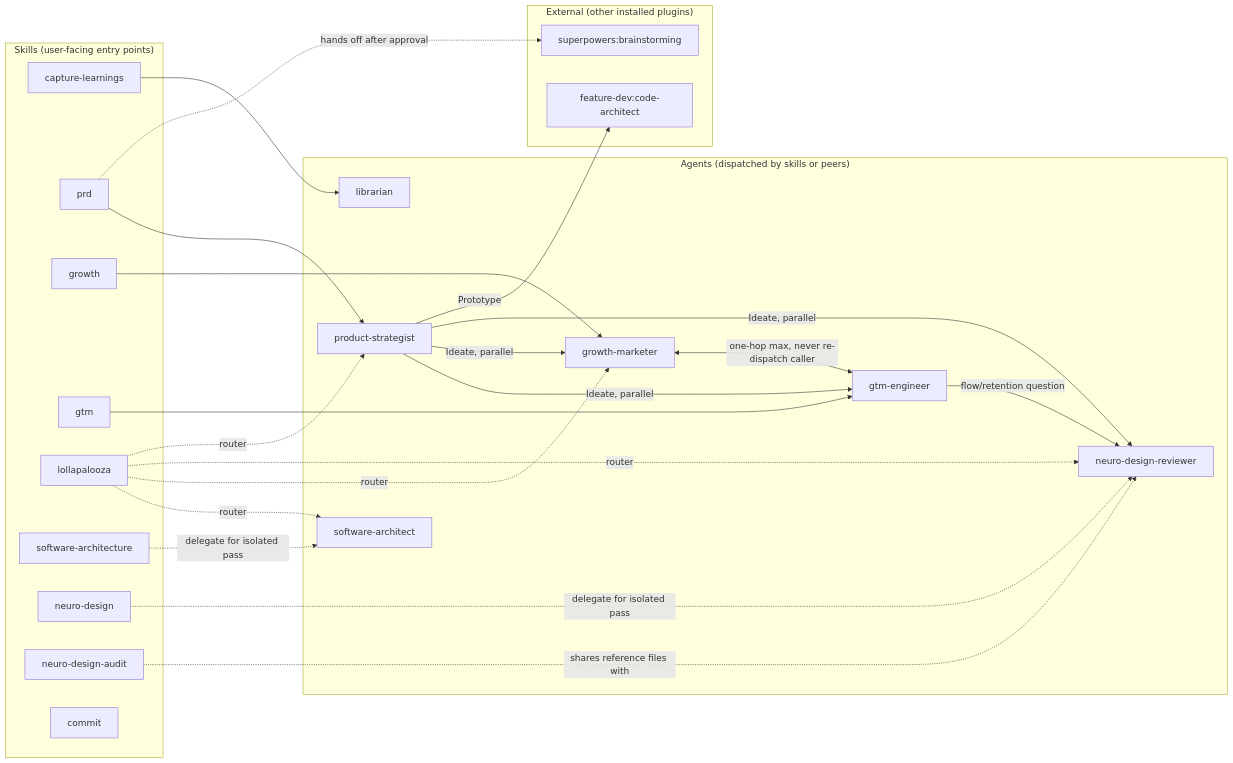
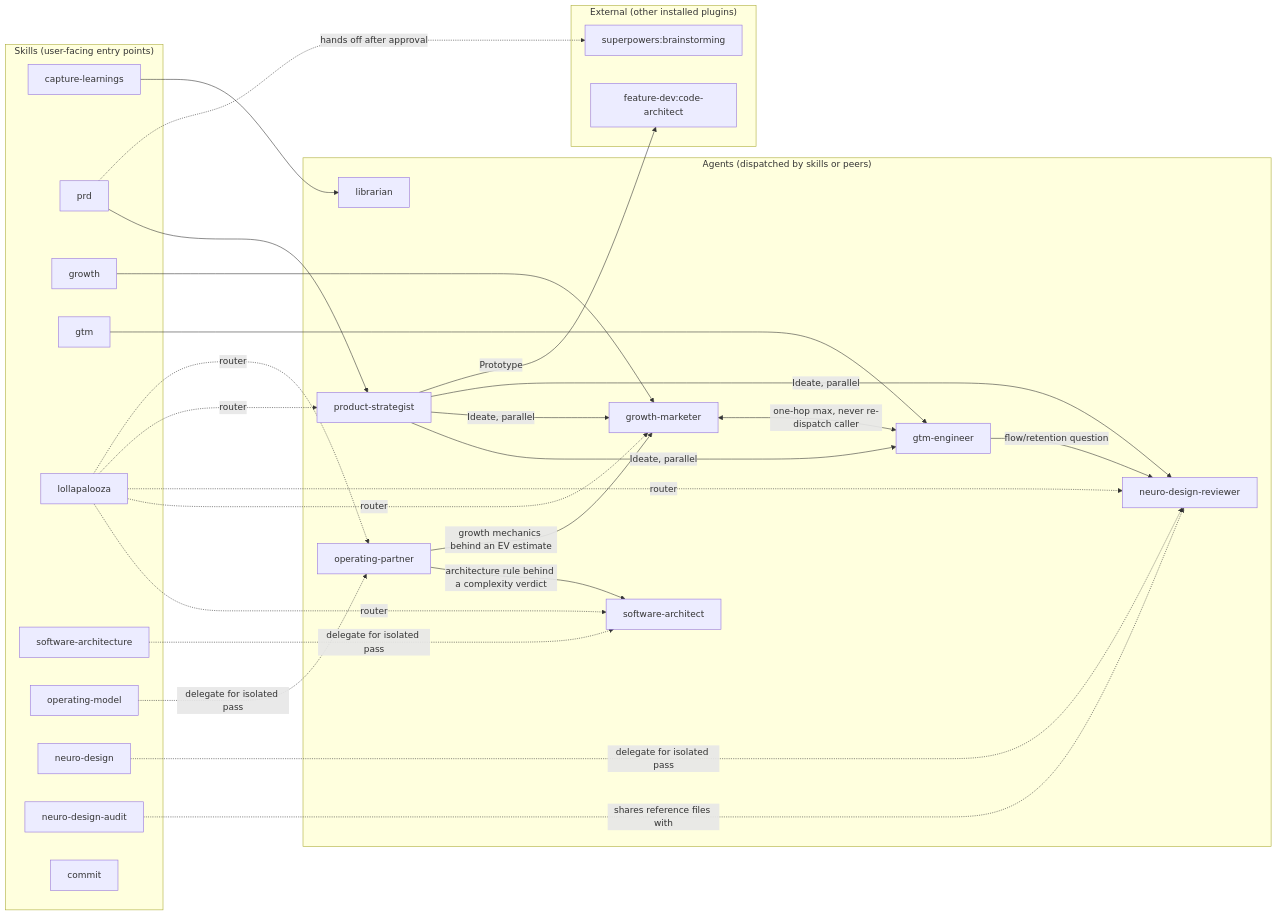
The diagram in docs/architecture.md (bernardoforcillo/copilot), drawn with Mermaid before and after one commit. The commit also changed other lines of this file and 4 other files, not shown here.

First line of the commit message:
feat(plugin): wire the operating-model desk into the existing graph

````diff
--- a/docs/architecture.md
+++ b/docs/architecture.md
@@ -13,49 +13,56 @@
 ```mermaid
 graph LR
   subgraph Skills["Skills (user-facing entry points)"]
     capture-learnings
     prd
     growth
     gtm
     lollapalooza
     software-architecture
+    operating-model
     neuro-design
     neuro-design-audit
     commit
   end
 
   subgraph Agents["Agents (dispatched by skills or peers)"]
     librarian
     product-strategist
     growth-marketer
     gtm-engineer
     software-architect
+    operating-partner
     neuro-design-reviewer
   end
 
   subgraph External["External (other installed plugins)"]
     code-architect["feature-dev:code-architect"]
     brainstorming["superpowers:brainstorming"]
   end
 
   capture-learnings --> librarian
   prd --> product-strategist
   growth --> growth-marketer
   gtm --> gtm-engineer
   lollapalooza -.router.-> software-architect
   lollapalooza -.router.-> growth-marketer
   lollapalooza -.router.-> neuro-design-reviewer
   lollapalooza -.router.-> product-strategist
+  lollapalooza -.router.-> operating-partner
   software-architecture -.delegate for isolated pass.-> software-architect
+  operating-model -.delegate for isolated pass.-> operating-partner
   neuro-design -.delegate for isolated pass.-> neuro-design-reviewer
   neuro-design-audit -.shares reference files with.-> neuro-design-reviewer
 
   product-strategist -->|Ideate, parallel| gtm-engineer
   product-strategist -->|Ideate, parallel| growth-marketer
   product-strategist -->|Ideate, parallel| neuro-design-reviewer
   product-strategist -->|Prototype| code-architect
   prd -.hands off after approval.-> brainstorming
 
   growth-marketer <-->|one-hop max, never re-dispatch caller| gtm-engineer
   gtm-engineer -->|flow/retention question| neuro-design-reviewer
+
+  operating-partner -->|architecture rule behind a complexity verdict| software-architect
+  operating-partner -->|growth mechanics behind an EV estimate| growth-marketer
 ```
````
